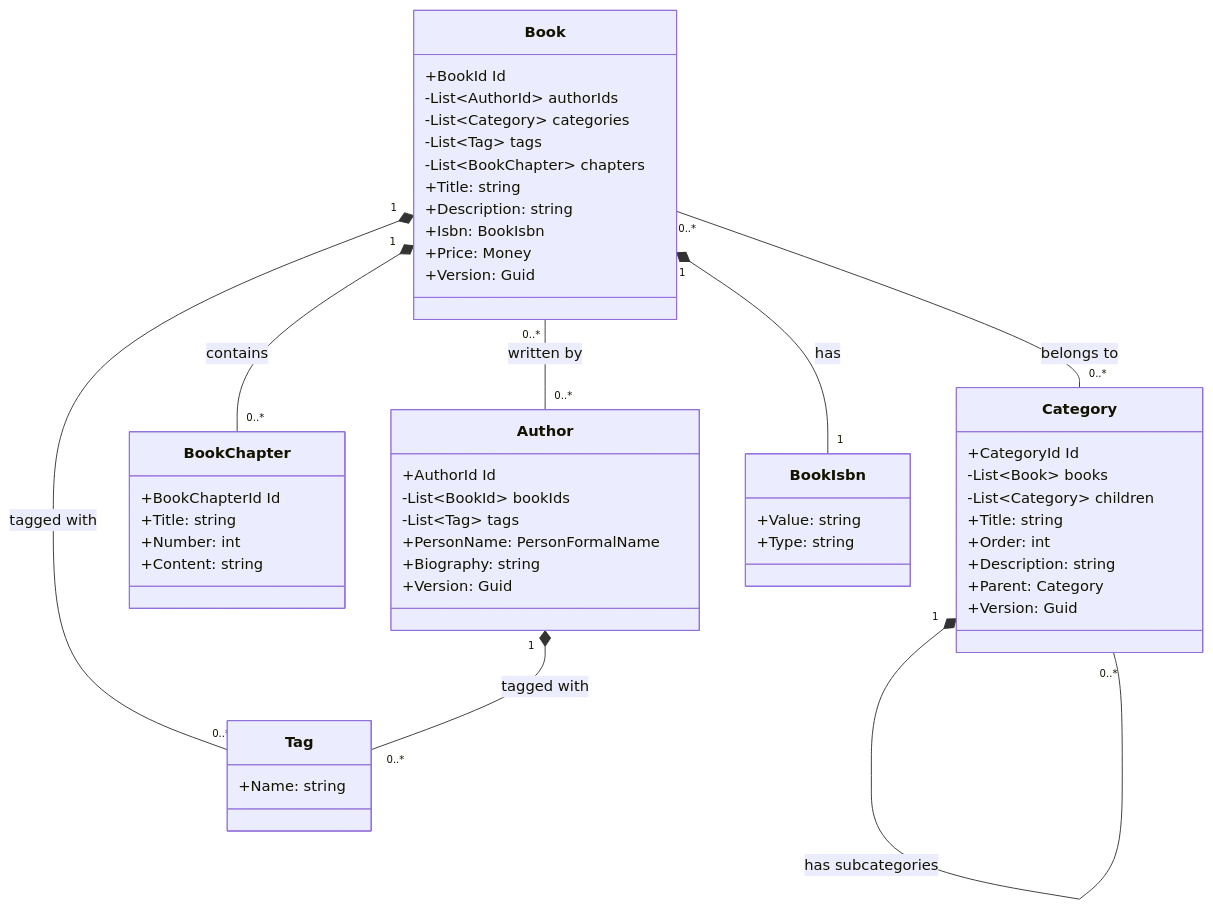
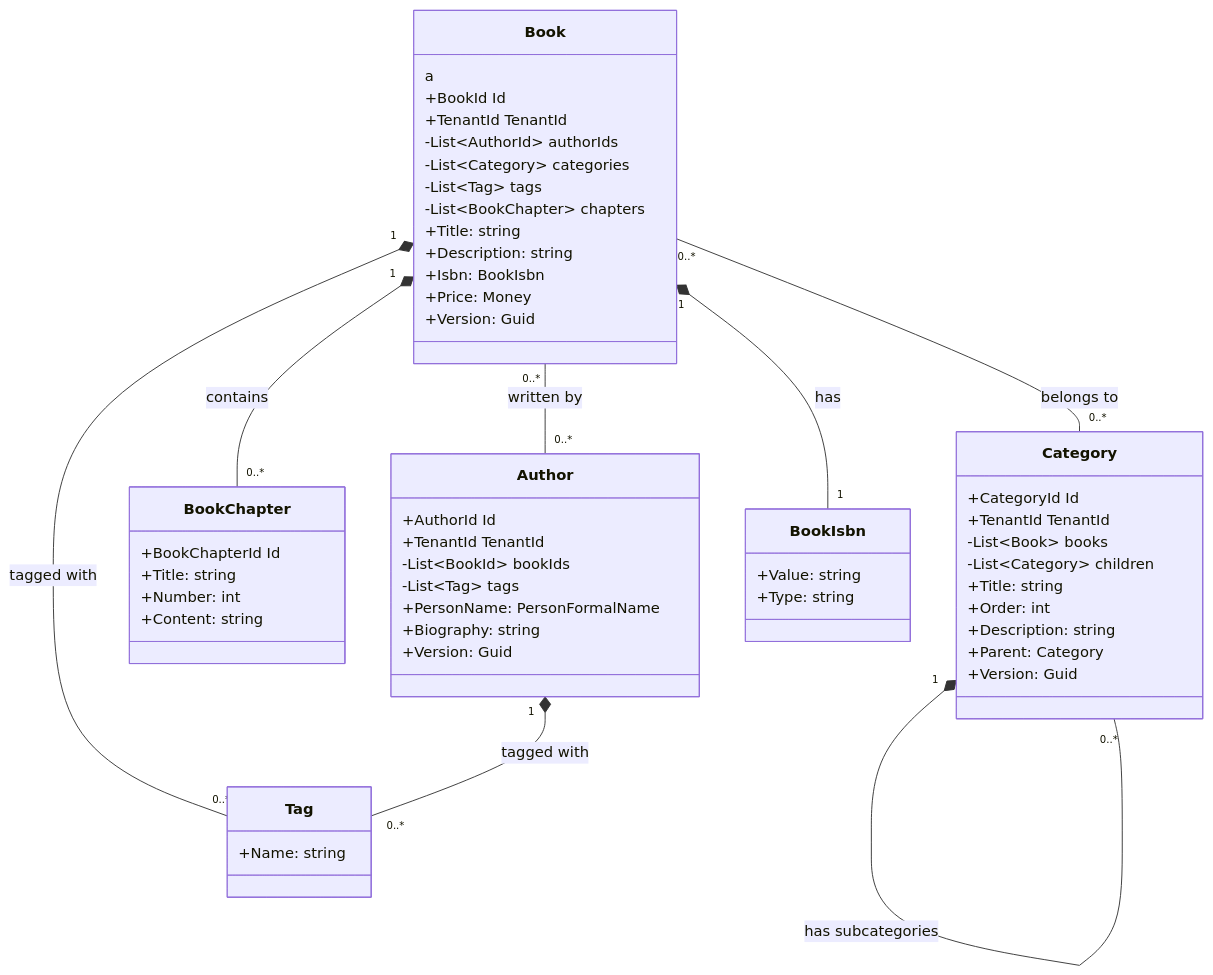
One commit to BridgingIT-GmbH/bITdevKit.Examples.BookFiesta changed the diagram in src/Modules/Catalog/Catalog-README.md. Above: the diagram before and after it, drawn with Mermaid. The commit also changed other lines of this file and 84 other files, not shown here.

````diff
--- a/src/Modules/Catalog/Catalog-README.md
+++ b/src/Modules/Catalog/Catalog-README.md
@@ -16,59 +16,62 @@
 ```mermaid
 classDiagram
-    class Book {
+    class Book {a
         +BookId Id
+        +TenantId TenantId
         -List~AuthorId~ authorIds
         -List~Category~ categories
         -List~Tag~ tags
         -List~BookChapter~ chapters
         +Title: string
         +Description: string
         +Isbn: BookIsbn
         +Price: Money
         +Version: Guid
     }
 
     class Author {
         +AuthorId Id
+        +TenantId TenantId
         -List~BookId~ bookIds
         -List~Tag~ tags
         +PersonName: PersonFormalName
         +Biography: string
         +Version: Guid
     }
 
     class BookChapter {
         +BookChapterId Id
         +Title: string
         +Number: int
         +Content: string
     }
 
     class Category {
         +CategoryId Id
+        +TenantId TenantId
         -List~Book~ books
         -List~Category~ children
         +Title: string
         +Order: int
         +Description: string
         +Parent: Category
         +Version: Guid
     }
 
     class BookIsbn {
         +Value: string
         +Type: string
     }
 
     class Tag {
         +Name: string
     }
 
     Book "1" *-- "0..*" BookChapter : contains
     Book "1" *-- "1" BookIsbn : has
     Book "0..*" -- "0..*" Category : belongs to
     Book "1" *-- "0..*" Tag : tagged with
     Author "1" *-- "0..*" Tag : tagged with
     Category "1" *-- "0..*" Category : has subcategories
     Book "0..*" -- "0..*" Author : written by
 ```
````
